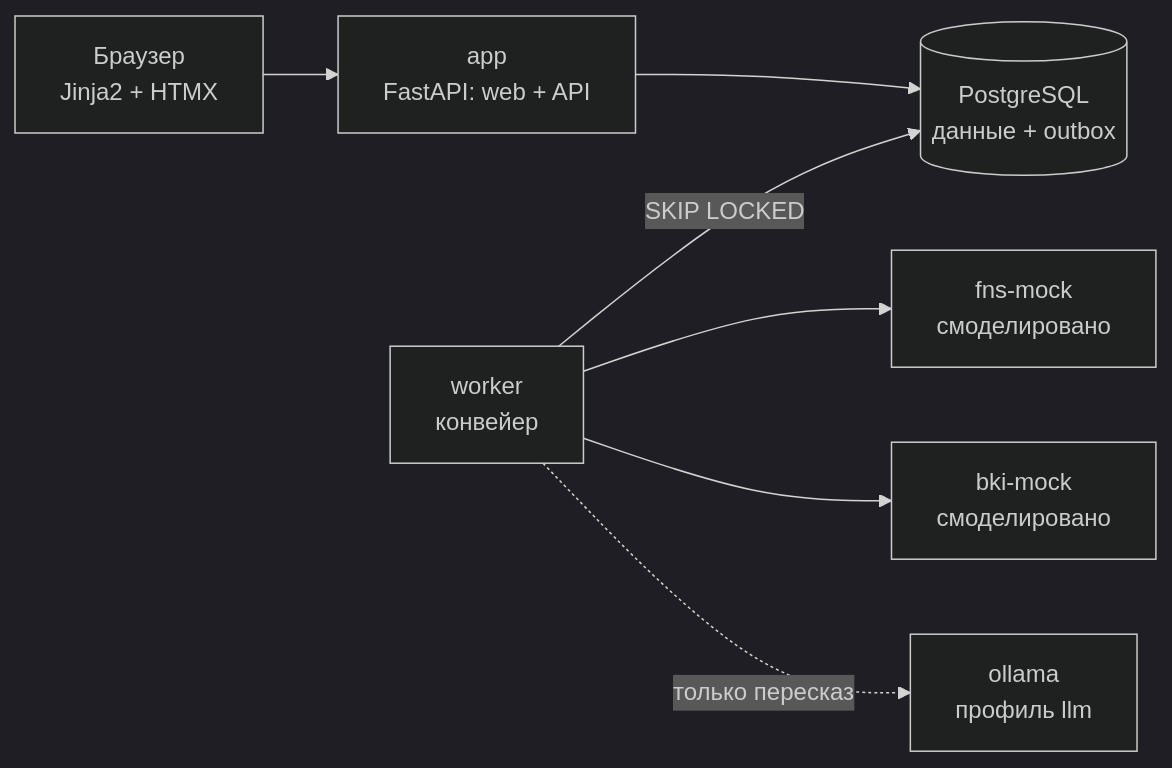
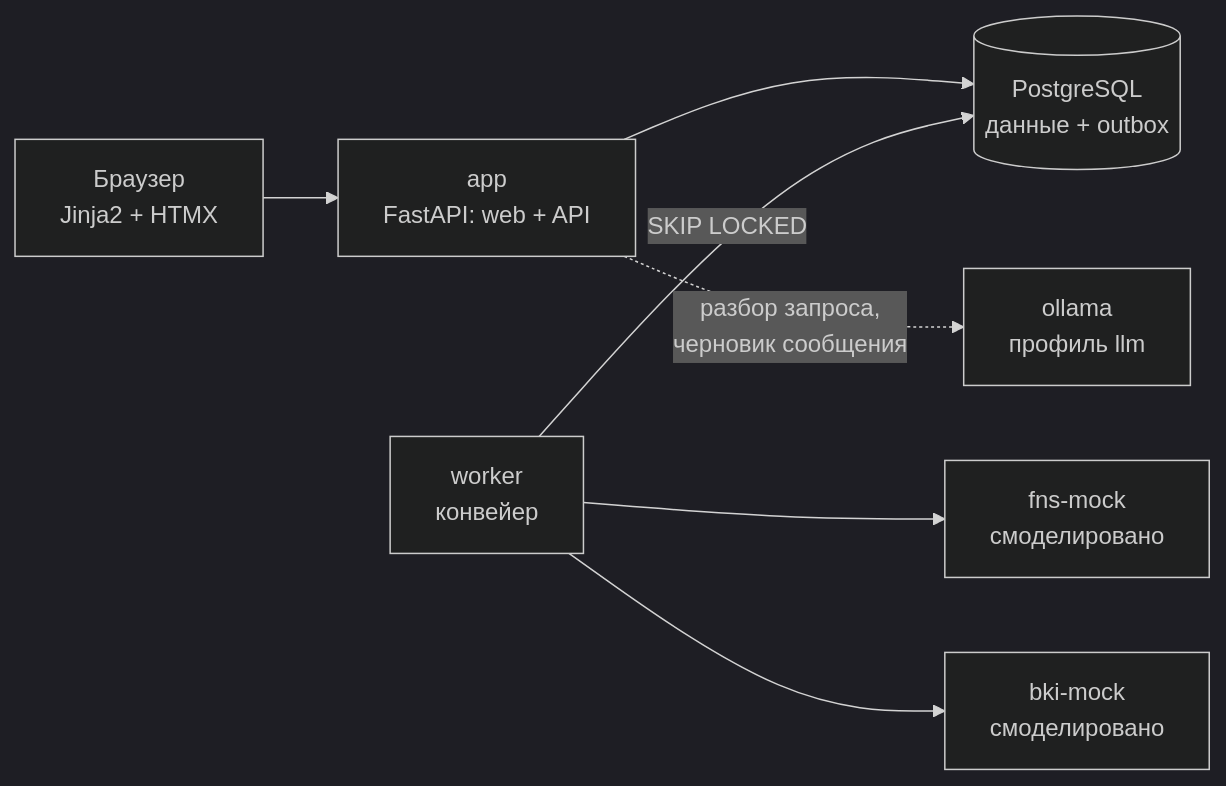
Before and after one commit to AndreY-ru/kreditnyi-kabinet: the diagram in README.md, drawn with Mermaid (dark theme). The commit also changed other lines of this file and 8 other files, not shown here.

Commit message:
LLM: Qwen3-4B-Instruct в Ollama 0.40 по итогам замера, документация ИИ и распознавания

````diff
--- a/README.md
+++ b/README.md
@@ -195,9 +209,9 @@
 ```mermaid
 flowchart LR
     B[Браузер<br/>Jinja2 + HTMX] --> APP[app<br/>FastAPI: web + API]
     APP --> DB[(PostgreSQL<br/>данные + outbox)]
     W[worker<br/>конвейер] -- "SKIP LOCKED" --> DB
     W --> FNS[fns-mock<br/>смоделировано]
     W --> BKI[bki-mock<br/>смоделировано]
-    W -. "только пересказ" .-> LLM[ollama<br/>профиль llm]
+    APP -. "разбор запроса,<br/>черновик сообщения" .-> LLM[ollama<br/>профиль llm]
 ```
````
